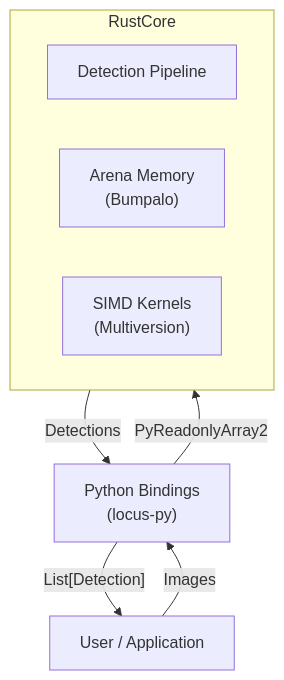
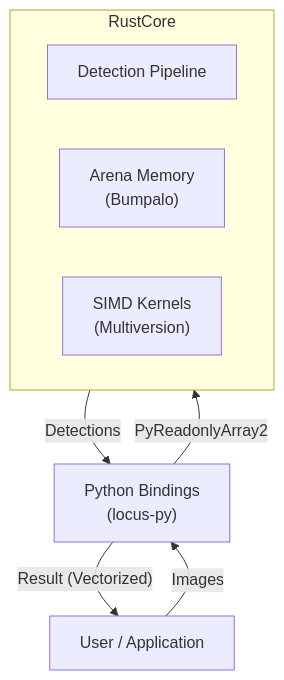
The first of 6 diagrams in docs/explanation/architecture.md (NoeFontana/locus-tag), drawn with Mermaid before and after one commit. The commit also changed other lines of this file, not shown here.

````diff
--- a/docs/explanation/architecture.md
+++ b/docs/explanation/architecture.md
@@ -9,14 +9,14 @@
 ```mermaid
 flowchart TD
     User[User / Application] -->|Images| PyBindings["Python Bindings<br/>(locus-py)"]
     PyBindings -->|PyReadonlyArray2| RustCore["Rust Core<br/>(locus-core)"]
 
     subgraph RustCore
         Pipeline["Detection Pipeline"]
         Memory["Arena Memory<br/>(Bumpalo)"]
         SIMD["SIMD Kernels<br/>(Multiversion)"]
     end
 
     RustCore -->|Detections| PyBindings
-    PyBindings -->|"List[Detection]"| User
+    PyBindings -->|"Result (Vectorized)"| User
 ```
````
